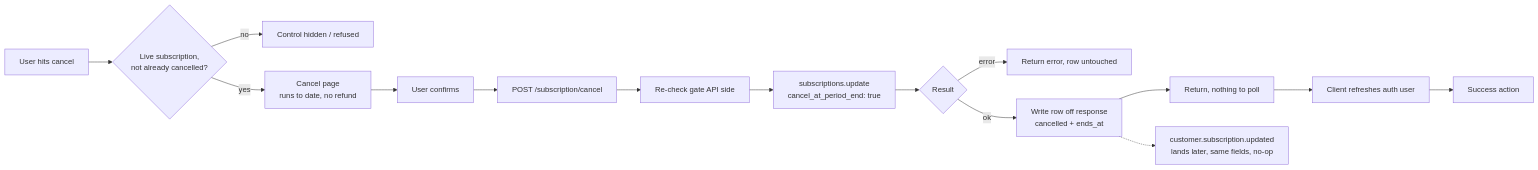
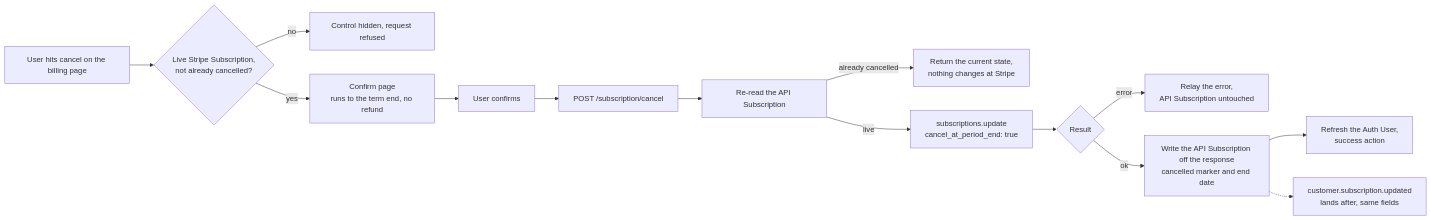
Before and after one commit to websanova/starter-flows: the diagram in flows/subscriptions/stripe/Cancel.md, drawn with Mermaid. The commit also changed other lines of this file and 3 other files, not shown here.

Commit message:
Update flows into new format.

````diff
--- a/flows/subscriptions/stripe/Cancel.md
+++ b/flows/subscriptions/stripe/Cancel.md
@@ -40,23 +55,21 @@
 ```mermaid
 flowchart LR
-    A[User hits cancel] --> B{Live subscription,<br/>not already cancelled?}
+    A[User hits cancel on the billing page] --> B{Live Stripe Subscription,<br/>not already cancelled?}
 
-    B -->|no| C[Control hidden / refused]
-    B -->|yes| D["Cancel page<br/>runs to date, no refund"]
+    B -->|no| C[Control hidden, request refused]
+    B -->|yes| D["Confirm page<br/>runs to the term end, no refund"]
 
     D --> E[User confirms]
     E --> F["POST /subscription/cancel"]
 
-    F --> G[Re-check gate API side]
-    G --> H["subscriptions.update<br/>cancel_at_period_end: true"]
+    F --> G[Re-read the API Subscription]
+    G -->|already cancelled| G1[Return the current state,<br/>nothing changes at Stripe]
+    G -->|live| H["subscriptions.update<br/>cancel_at_period_end: true"]
+
     H --> I{Result}
+    I -->|error| J[Relay the error,<br/>API Subscription untouched]
+    I -->|ok| K["Write the API Subscription off the response<br/>cancelled marker and end date"]
 
-    I -->|error| J[Return error, row untouched]
-    I -->|ok| K["Write row off response<br/>cancelled + ends_at"]
-
-    K --> L[Return, nothing to poll]
-    L --> M[Client refreshes auth user]
-    M --> N[Success action]
-
-    K -.-> O["customer.subscription.updated<br/>lands later, same fields, no-op"]
+    K --> L[Refresh the Auth User,<br/>success action]
+    K -.-> M["customer.subscription.updated<br/>lands after, same fields"]
 ```
````
